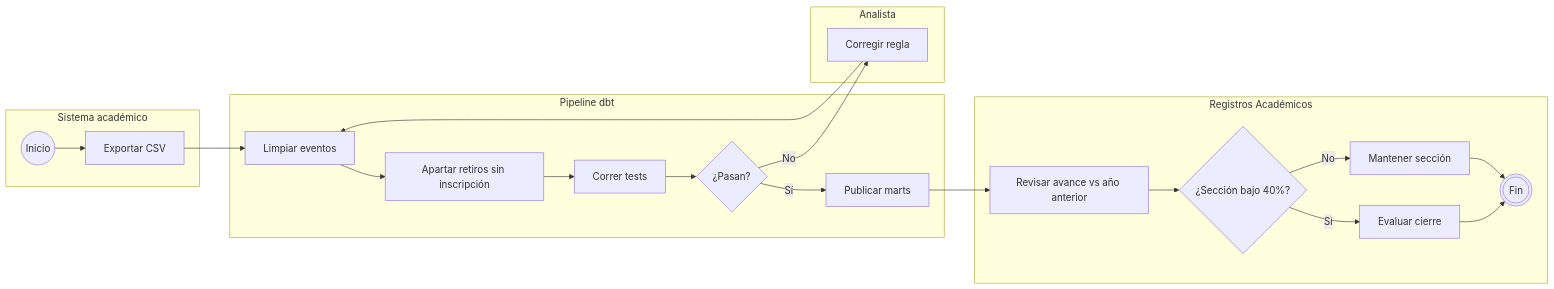
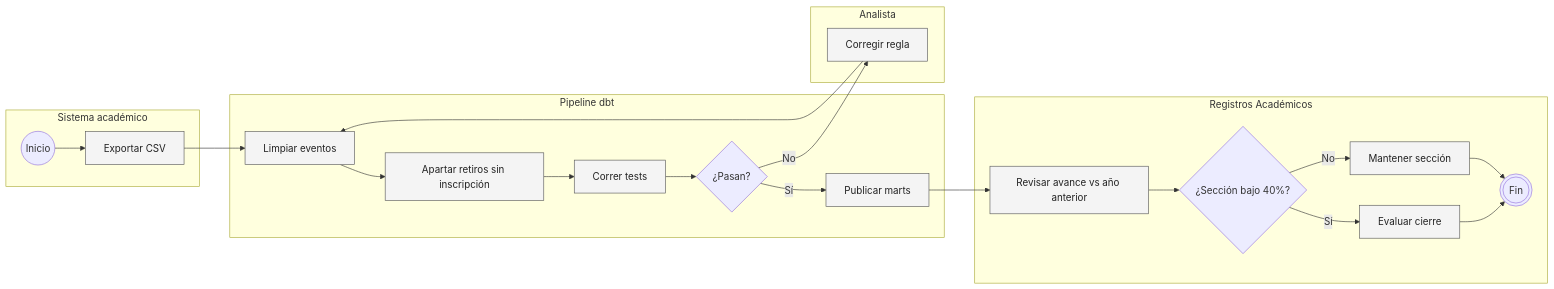
One commit to marcelo-sosa-data/data-ai-lab changed the second of 4 diagrams in proyectos/02-pipeline-matricula-dbt/README.md. Above: the diagram before and after it, drawn with Mermaid. The commit also changed other lines of this file and 8 other files, not shown here.

````diff
--- a/proyectos/02-pipeline-matricula-dbt/README.md
+++ b/proyectos/02-pipeline-matricula-dbt/README.md
@@ -11,25 +45,27 @@
 ```mermaid
 flowchart LR
     subgraph SA["Sistema académico"]
         A0((Inicio)) --> A1[Exportar CSV]
     end
     subgraph PL["Pipeline dbt"]
         B1[Limpiar eventos] --> B2[Apartar retiros sin inscripción]
         B2 --> B3[Correr tests]
         B3 --> G1{¿Pasan?}
         G1 -- Sí --> B4[Publicar marts]
     end
     subgraph AN["Analista"]
         C1[Corregir regla]
     end
     subgraph RA["Registros Académicos"]
         D1[Revisar avance vs año anterior] --> G2{¿Sección bajo 40%?}
         G2 -- Sí --> D2[Evaluar cierre]
         G2 -- No --> D3[Mantener sección]
         D2 --> F(((Fin)))
         D3 --> F
     end
     A1 --> B1
     G1 -- No --> C1 --> B1
     B4 --> D1
+    classDef sobrio fill:#f4f4f4,stroke:#555,color:#222
+    class A1,B1,B2,B3,B4,C1,D1,D2,D3 sobrio
 ```
````
